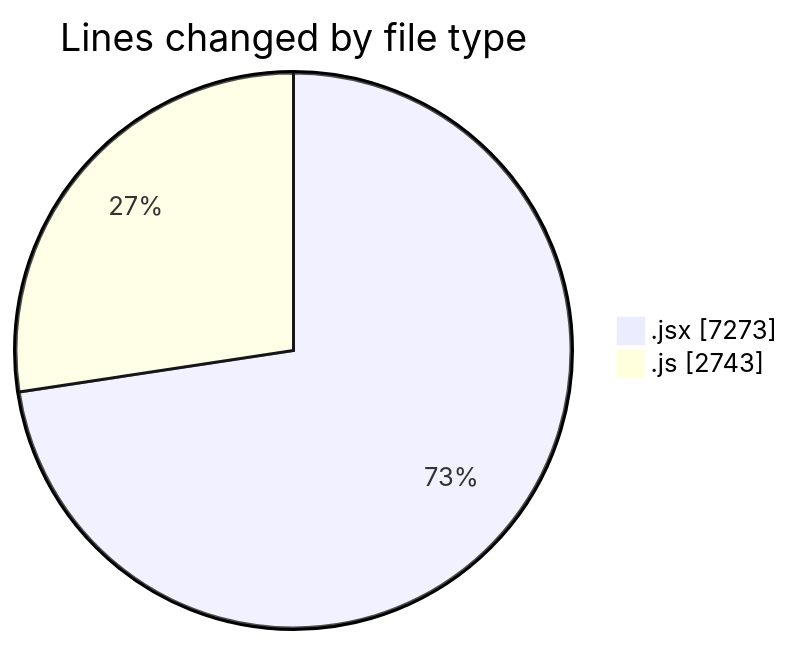
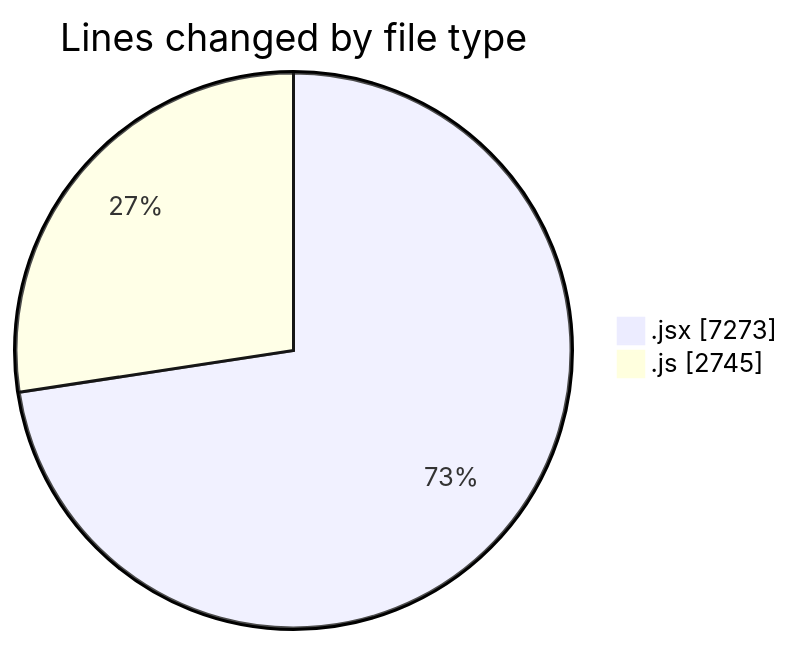
One commit to nxtqubesakshisongat/code-tracking changed the first of 2 diagrams in 2025-12-11/nxtqube_webapp/README.md. Above: the diagram before and after it, drawn with Mermaid. The commit also changed other lines of this file and 1 other file, not shown here.

````diff
--- a/2025-12-11/nxtqube_webapp/README.md
+++ b/2025-12-11/nxtqube_webapp/README.md
@@ -33,6 +33,6 @@
 ```mermaid
 pie showData
 title Lines changed by file type
 ".jsx" : 7273
-".js" : 2743
+".js" : 2745
 ```
````
